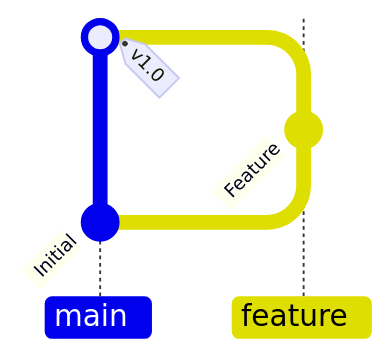
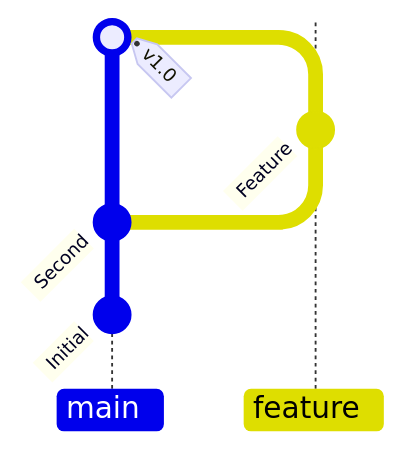
The sixth of 6 diagrams in modules/version-control.md (OxfordRSE/softeng-daycourse), drawn with Mermaid before and after one commit. The commit also changed 5 other files, not shown here.

````diff
--- a/modules/version-control.md
+++ b/modules/version-control.md
@@ -266,8 +266,9 @@
 ```mermaid
 gitGraph BT:
     commit id: 'Initial'
+    commit id: 'Second'
     branch feature
     commit id: 'Feature'
     checkout main
     merge feature tag: "v1.0"
 ```
````
